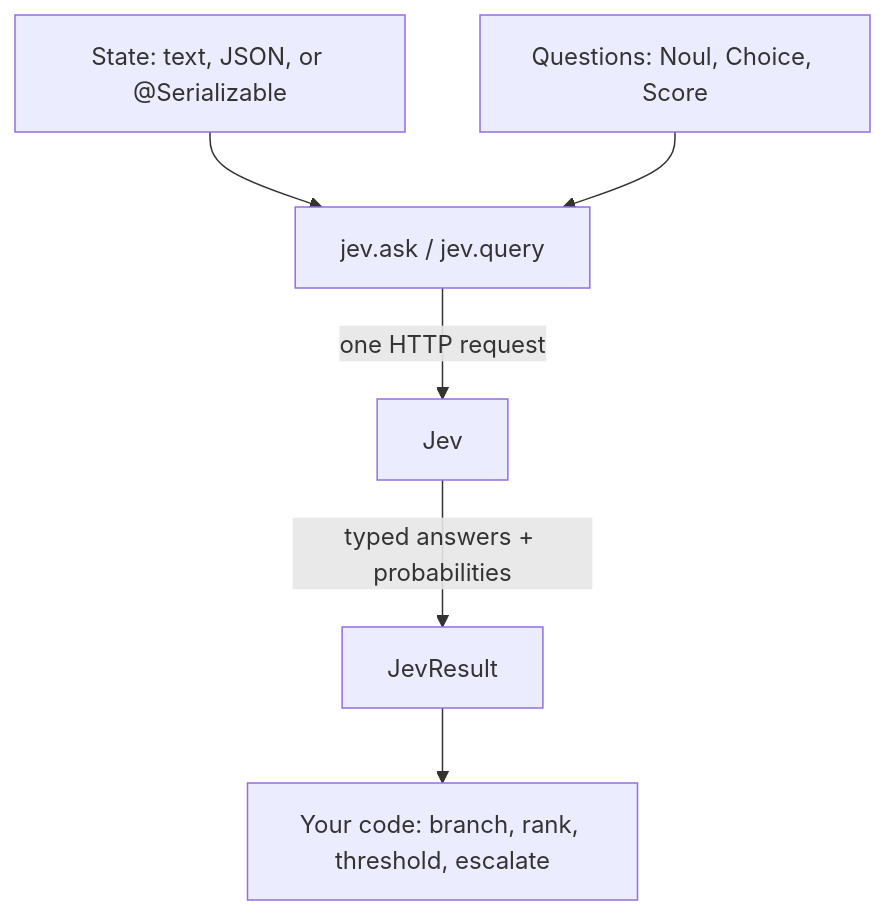
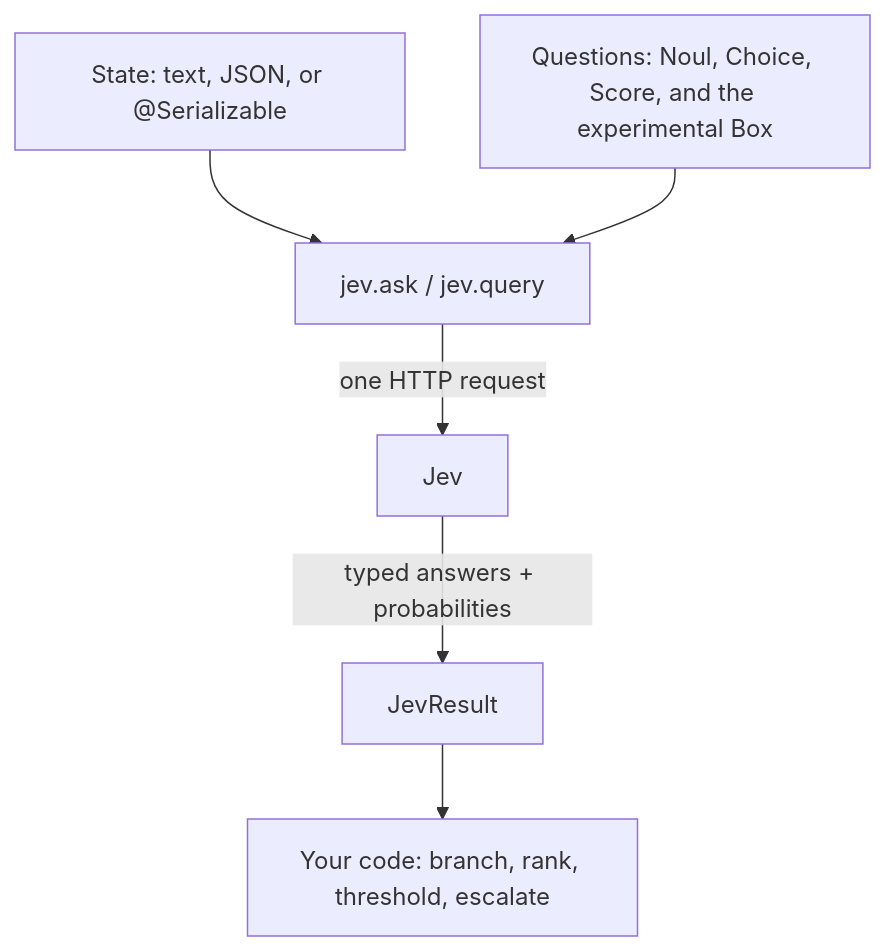
Before and after one commit to pambrose/jev4k: the diagram in website/jev4k/docs/index.md, drawn with Mermaid. The commit also changed other lines of this file and 89 other files, not shown here.

````diff
--- a/website/jev4k/docs/index.md
+++ b/website/jev4k/docs/index.md
@@ -22,8 +22,8 @@
 ``` mermaid
 graph TD
   S[State: text, JSON, or @Serializable] --> R
-  Q[Questions: Noul, Choice, Score] --> R
+  Q[Questions: Noul, Choice, Score, and the experimental Box] --> R
   R[jev.ask / jev.query] -->|one HTTP request| J[Jev]
   J -->|typed answers + probabilities| A[JevResult]
   A --> C[Your code: branch, rank, threshold, escalate]
 ```
````
